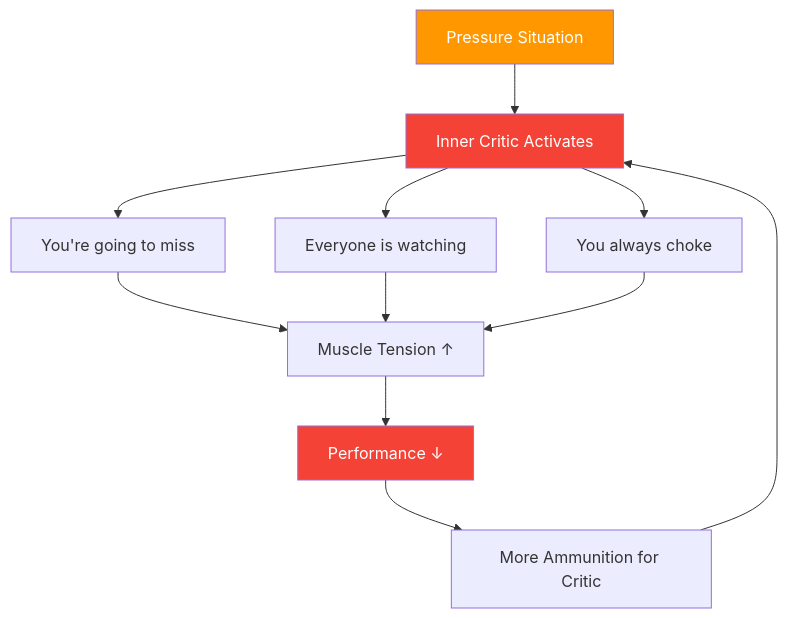
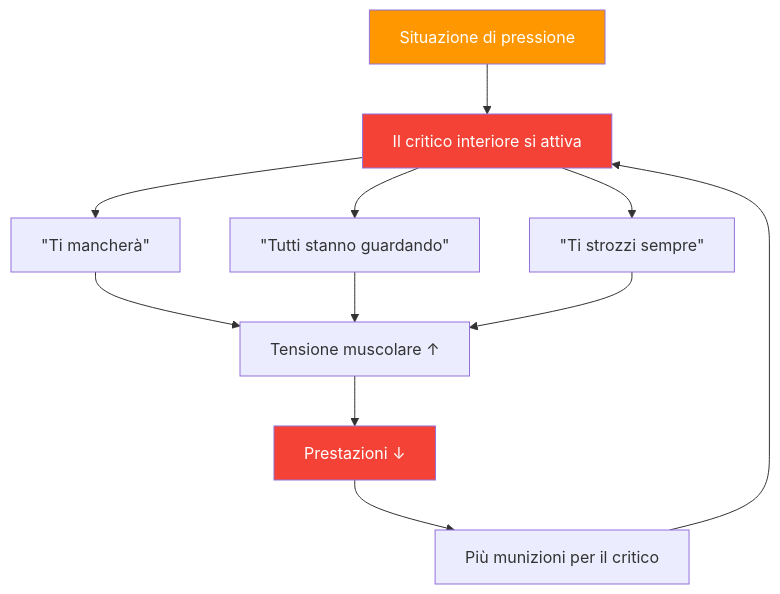
The diagram in docs/it/articles/inner-critic.md (patwii/petanque-academy), drawn with Mermaid before and after one commit. The commit also changed other lines of this file and 550 other files, not shown here.

````diff
--- a/docs/it/articles/inner-critic.md
+++ b/docs/it/articles/inner-critic.md
@@ -22,19 +22,19 @@
 ```mermaid
 flowchart TD
-    A[Pressure Situation] --> B[Inner Critic Activates]
-    B --> C["You're going to miss"]
-    B --> D["Everyone is watching"]
-    B --> E["You always choke"]
+    A[Situazione di pressione] --> B[Il critico interiore si attiva]
+    B --> C[&quot;Ti mancherà&quot;]
+    B --> D[&quot;Tutti stanno guardando&quot;]
+    B --> E[&quot;Ti strozzi sempre&quot;]
 
-    C --> F[Muscle Tension ↑]
+    C --> F[Tensione muscolare ↑]
     D --> F
     E --> F
 
-    F --> G[Performance ↓]
-    G --> H[More Ammunition for Critic]
+    F --> G[Prestazioni ↓]
+    G --> H[Più munizioni per il critico]
     H --> B
 
     style A fill:#FF9800,color:#fff
     style B fill:#f44336,color:#fff
     style G fill:#f44336,color:#fff
 ```
````
